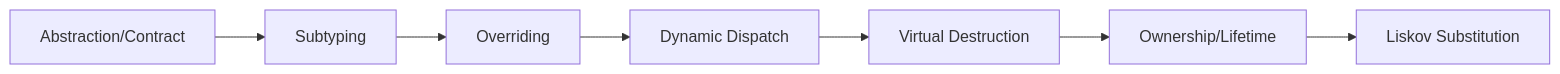
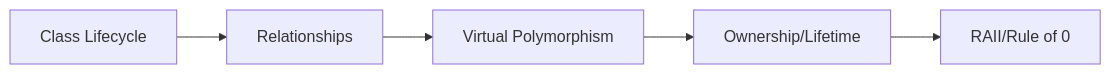
Before and after one commit to CaoRIV/awesome-learning-computing: the third of 5 diagrams in oop-knowledge-base/00-meta/04-topic-dependencies.md, drawn with Mermaid. The commit also changed other lines of this file and 6 other files, not shown here.

````diff
--- a/oop-knowledge-base/00-meta/04-topic-dependencies.md
+++ b/oop-knowledge-base/00-meta/04-topic-dependencies.md
@@ -86,9 +90,7 @@
 ```mermaid
 flowchart LR
-    A[Abstraction/Contract] --> ST[Subtyping]
-    ST --> OV[Overriding]
-    OV --> DD[Dynamic Dispatch]
-    DD --> VD[Virtual Destruction]
-    VD --> OW[Ownership/Lifetime]
-    OW --> LSP[Liskov Substitution]
+    A[Class Lifecycle] --> B[Relationships]
+    B --> C[Virtual Polymorphism]
+    C --> D[Ownership/Lifetime]
+    D --> E[RAII/Rule of 0]
 ```
````
